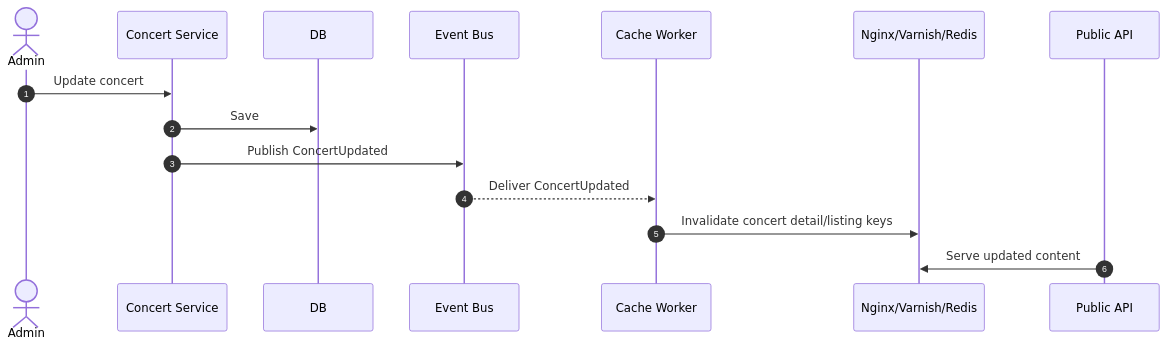
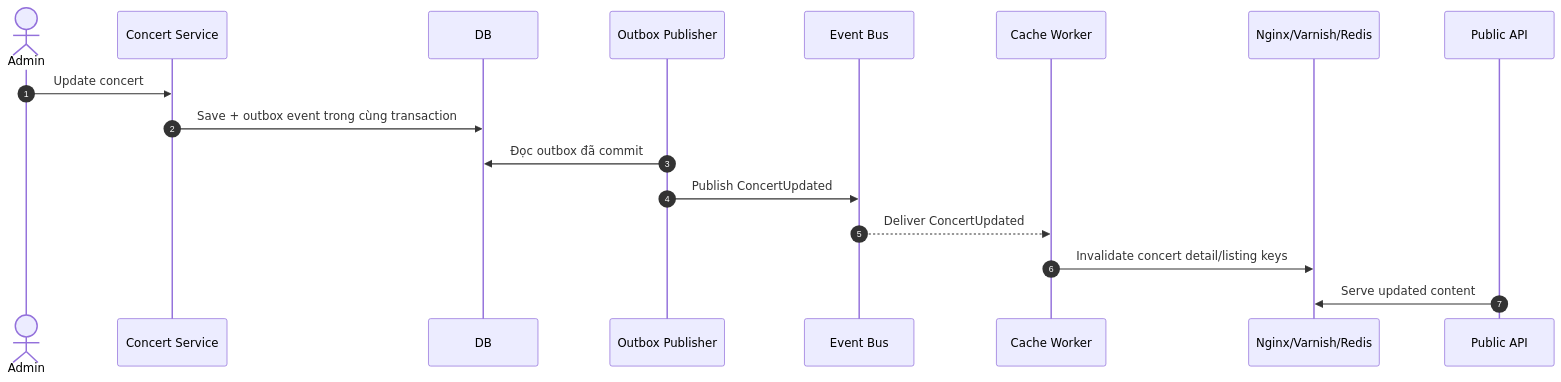
The fourth of 5 diagrams in blueprint/05-business-flows.md (Toanapr/ticket-box), drawn with Mermaid before and after one commit. The commit also changed other lines of this file and 8 other files, not shown here.

````diff
--- a/blueprint/05-business-flows.md
+++ b/blueprint/05-business-flows.md
@@ -127,18 +133,20 @@
 ```mermaid
 sequenceDiagram
     autonumber
     actor Admin as Admin
     participant Concert as Concert Service
     participant DB as DB
+    participant Outbox as Outbox Publisher
     participant EventBus as Event Bus
     participant CacheWorker as Cache Worker
     participant Cache as Nginx/Varnish/Redis
     participant PublicAPI as Public API
 
     Admin->>Concert: Update concert
-    Concert->>DB: Save
-    Concert->>EventBus: Publish ConcertUpdated
+    Concert->>DB: Save + outbox event trong cùng transaction
+    Outbox->>DB: Đọc outbox đã commit
+    Outbox->>EventBus: Publish ConcertUpdated
     EventBus-->>CacheWorker: Deliver ConcertUpdated
     CacheWorker->>Cache: Invalidate concert detail/listing keys
     PublicAPI->>Cache: Serve updated content
 ```
````
